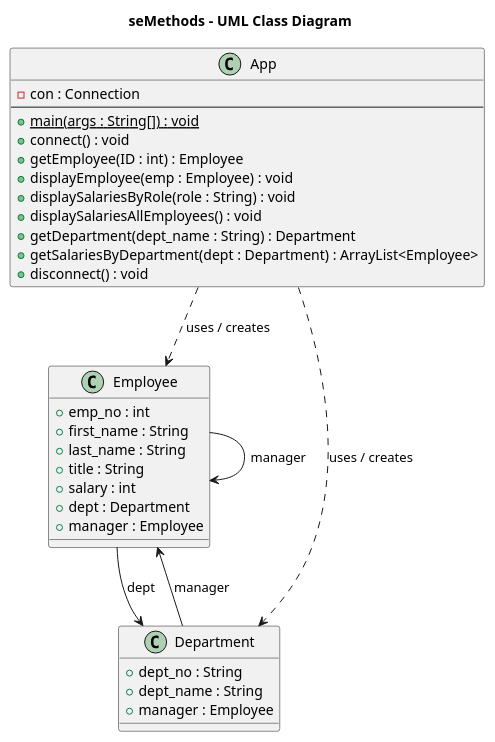
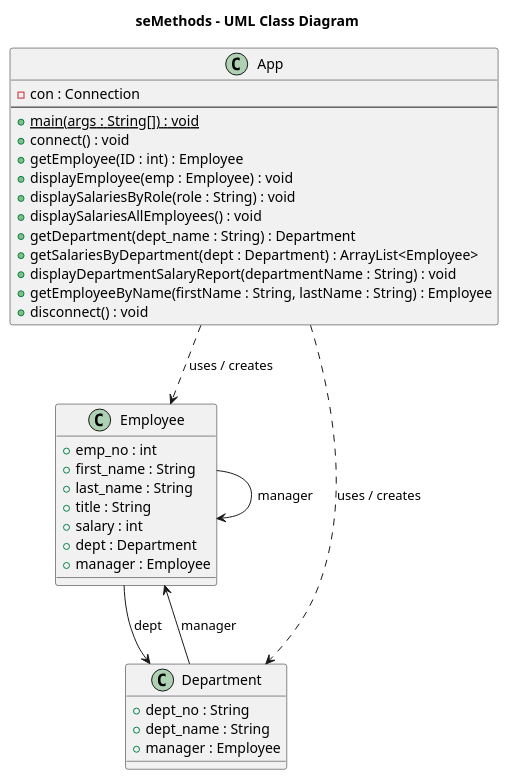
One commit to nangkhaingthinzar-linh/sem changed the diagram in seMethods-class-diagram.puml. Above: the diagram before and after it, drawn with PlantUML. The commit also changed 1 other file, not shown here.

Commit message:
Complete lab 05 employee search and update UML diagram

```diff
--- a/seMethods-class-diagram.puml
+++ b/seMethods-class-diagram.puml
@@ -2,41 +2,43 @@
 @startuml
 title seMethods - UML Class Diagram
 
 class App {
     -con : Connection
     --
     {static} +main(args : String[]) : void
     +connect() : void
     +getEmployee(ID : int) : Employee
     +displayEmployee(emp : Employee) : void
     +displaySalariesByRole(role : String) : void
     +displaySalariesAllEmployees() : void
     +getDepartment(dept_name : String) : Department
     +getSalariesByDepartment(dept : Department) : ArrayList<Employee>
+    +displayDepartmentSalaryReport(departmentName : String) : void
+    +getEmployeeByName(firstName : String, lastName : String) : Employee
     +disconnect() : void
 }
 
 class Employee {
     +emp_no : int
     +first_name : String
     +last_name : String
     +title : String
     +salary : int
     +dept : Department
     +manager : Employee
 }
 
 class Department {
     +dept_no : String
     +dept_name : String
     +manager : Employee
 }
 
 App ..> Employee : uses / creates
 App ..> Department : uses / creates
 
 Employee --> Department : dept
 Employee --> Employee : manager
 Department --> Employee : manager
 
 @enduml
```
